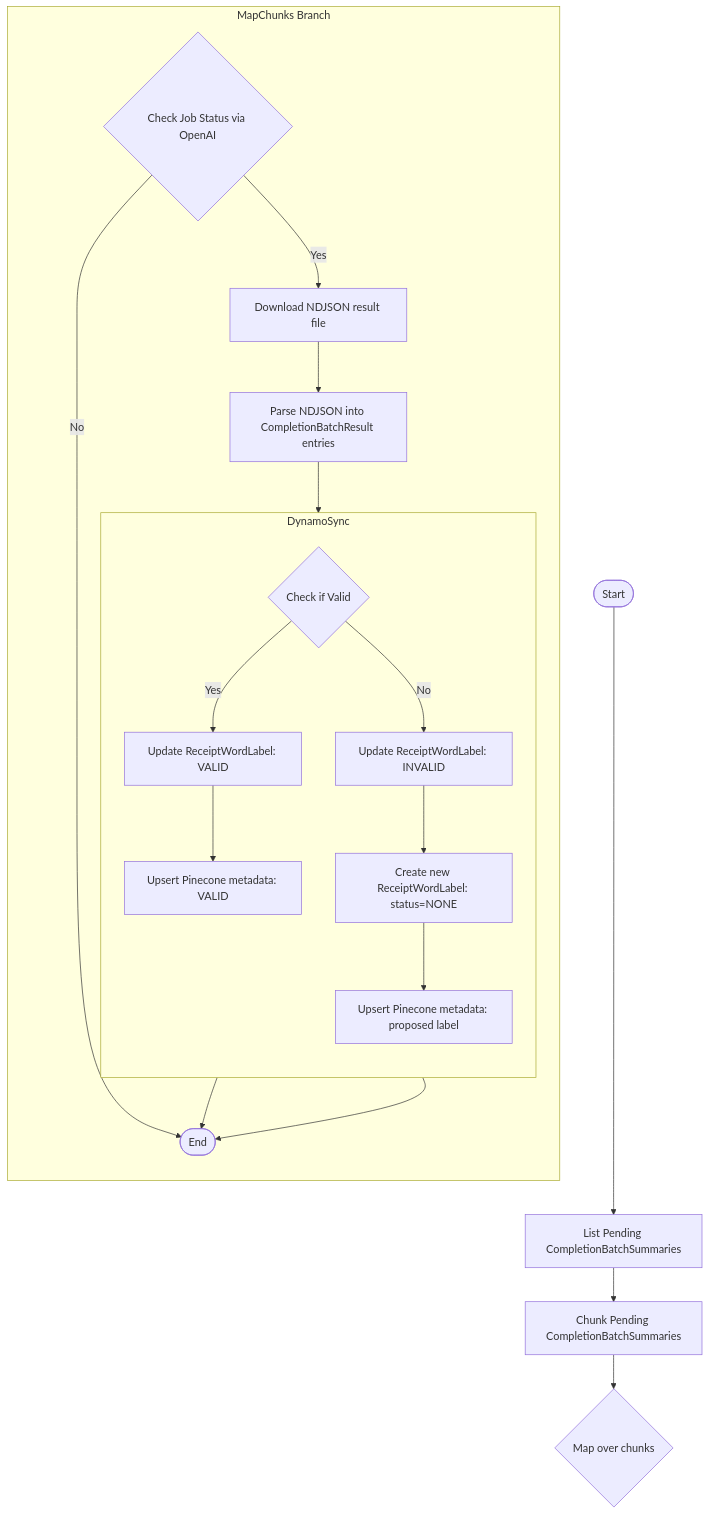
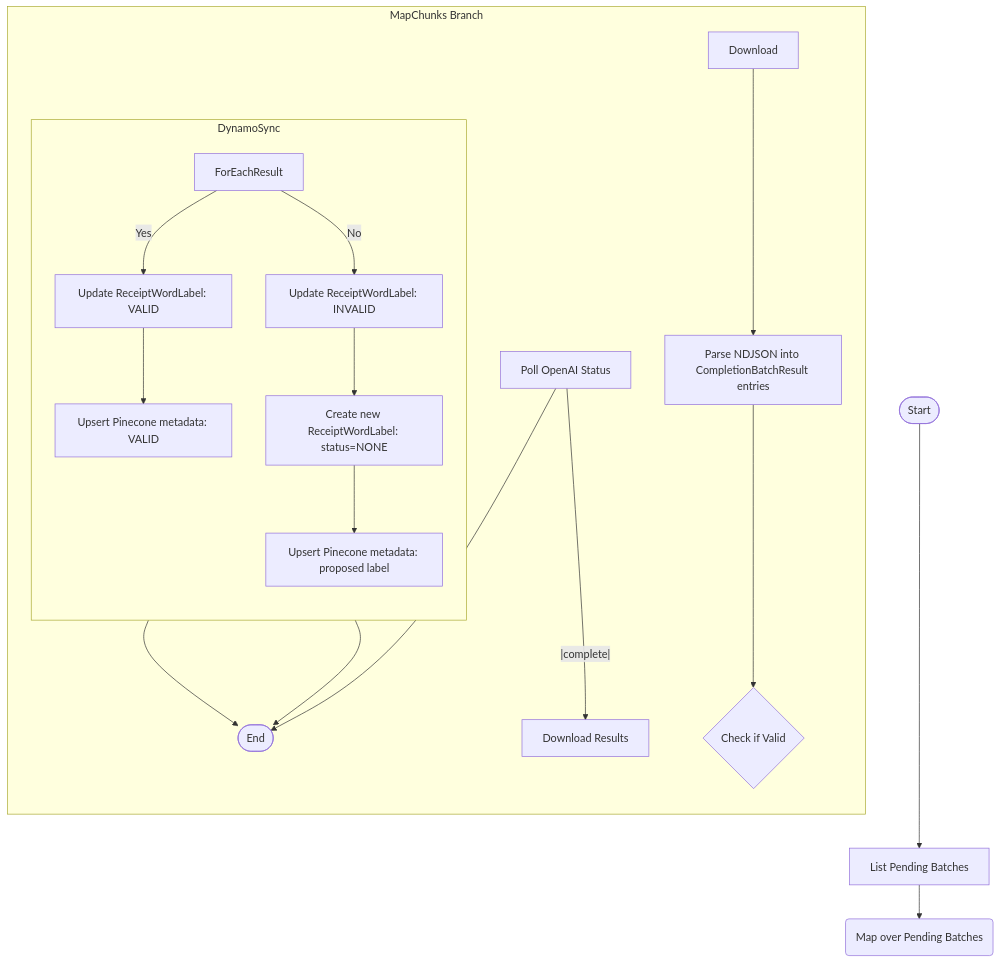
Before and after one commit to tnorlund/Portfolio: the diagram in receipt_label/receipt_label/poll_completion_batch/README.md, drawn with Mermaid. The commit also changed 4 other files, not shown here.

````diff
--- a/receipt_label/receipt_label/poll_completion_batch/README.md
+++ b/receipt_label/receipt_label/poll_completion_batch/README.md
@@ -17,27 +17,26 @@
 ```mermaid
     flowchart TB
-        Start([Start]) --> ListPending["List Pending CompletionBatchSummaries"]
-        ListPending --> ChunkPending["Chunk Pending CompletionBatchSummaries"]
-        ChunkPending --> MapChunks{"Map over chunks"}
+        Start([Start]) --> list_pending_completion_batches["List Pending Batches"]
+        list_pending_completion_batches --> map_batches("Map over Pending Batches")
 
         subgraph MapChunks Branch
             direction TB
-            CheckStatus{"Check Job Status via OpenAI"}
-            CheckStatus -- No --> End([End])
-            CheckStatus -- Yes --> Download["Download NDJSON result file"]
-            Download --> ParseResults["Parse NDJSON into CompletionBatchResult entries"]
-            ParseResults --> ForEachResult{"Check if Valid"}
+            get_openai_batch_status["Poll OpenAI Status"]
+            get_openai_batch_status --> End([End])
+            get_openai_batch_status -- |complete| --> download_openai_batch_result["Download Results"]
+            Download --> parse_results["Parse NDJSON into CompletionBatchResult entries"]
+            parse_results --> map_results{"Check if Valid"}
 
             subgraph DynamoSync
                 direction TB
                 ForEachResult -- Yes --> UpdateValid["Update ReceiptWordLabel: VALID"]
                 UpdateValid --> UpsertPineconeValid["Upsert Pinecone metadata: VALID"]
                 ForEachResult -- No --> UpdateInvalid["Update ReceiptWordLabel: INVALID"]
                 UpdateInvalid --> CreateProposed["Create new ReceiptWordLabel: status=NONE"]
                 CreateProposed --> UpsertPineconeInvalid["Upsert Pinecone metadata: proposed label"]
             end
 
             UpsertPineconeValid --> End
             UpsertPineconeInvalid --> End
         end
 ```
````
